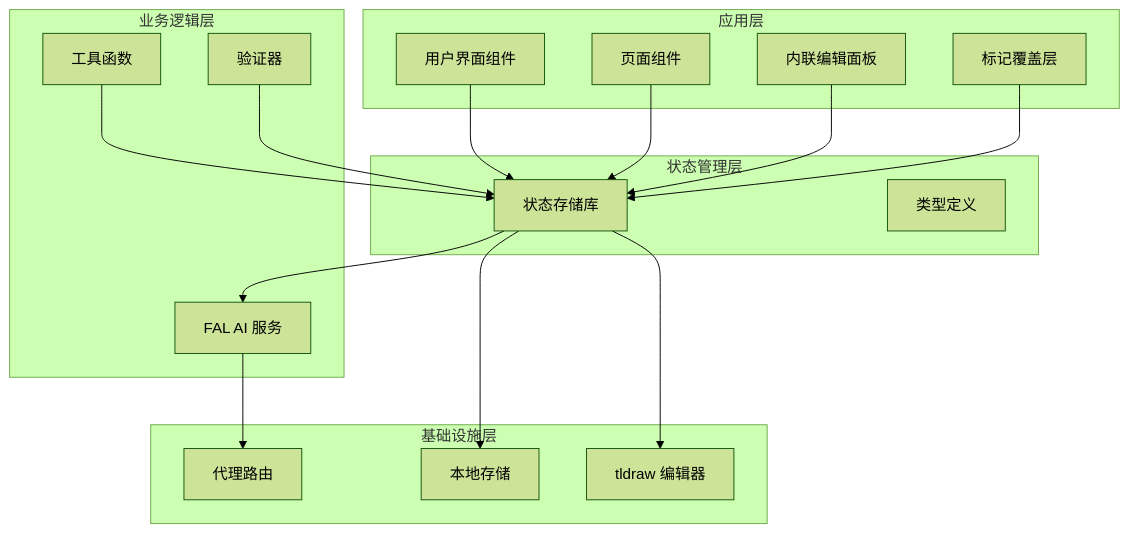
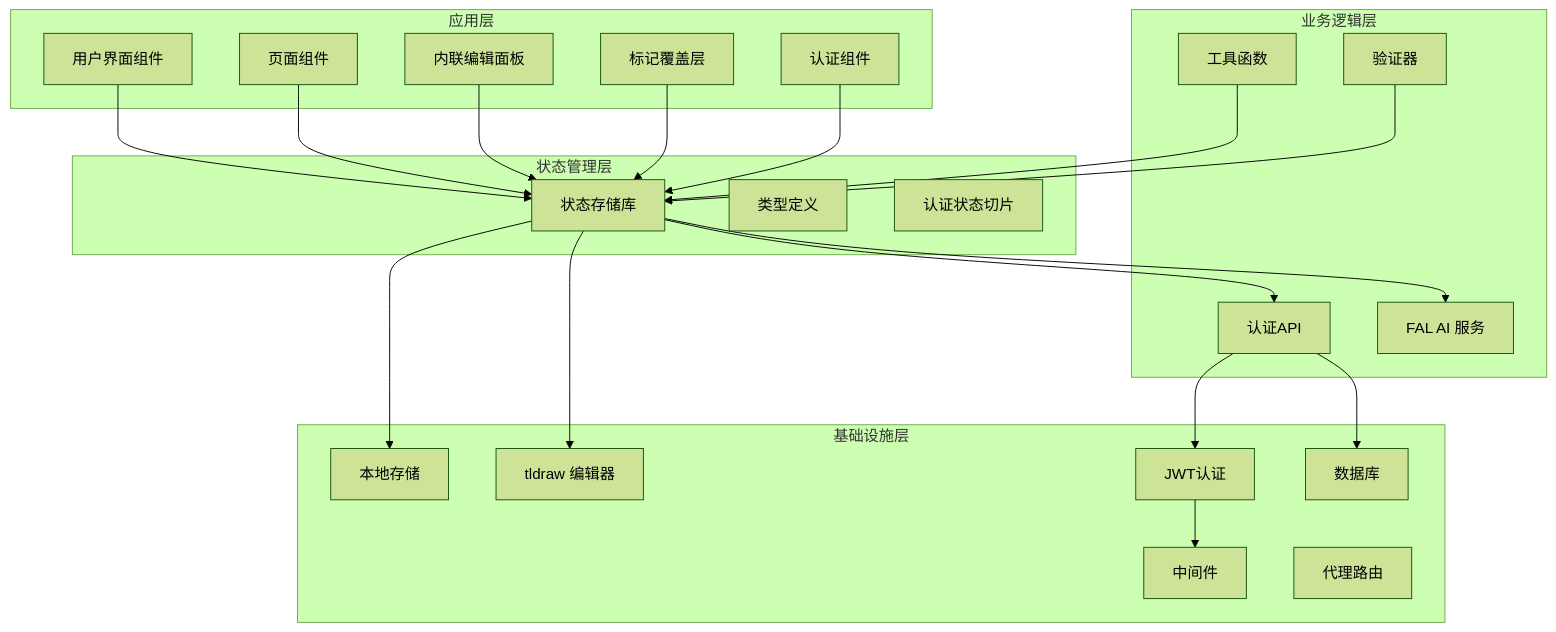
Before and after one commit to billye220670/BananaFlow2: the first of 21 diagrams in .qoder/repowiki/zh/content/状态管理系统.md, drawn with Mermaid (forest theme). The commit also changed other lines of this file and 6 other files, not shown here.

````diff
--- a/.qoder/repowiki/zh/content/状态管理系统.md
+++ b/.qoder/repowiki/zh/content/状态管理系统.md
@@ -51,33 +61,43 @@
 ```mermaid
 graph TB
 subgraph "应用层"
 UI[用户界面组件]
 Pages[页面组件]
 InlineEdit[内联编辑面板]
 MarkerOverlay[标记覆盖层]
+Auth[认证组件]
 end
 subgraph "状态管理层"
 Store[状态存储库]
 Types[类型定义]
+AuthStore[认证状态切片]
 end
 subgraph "业务逻辑层"
+AuthAPI[认证API]
 FAL[FAL AI 服务]
 Utils[工具函数]
 Validation[验证器]
 end
 subgraph "基础设施层"
+Middleware[中间件]
 Proxy[代理路由]
 Storage[本地存储]
 Tldraw[tldraw 编辑器]
+JWT[JWT认证]
+Supabase[数据库]
 end
 UI --> Store
 Pages --> Store
 InlineEdit --> Store
 MarkerOverlay --> Store
+Auth --> Store
+Store --> AuthAPI
 Store --> FAL
 Store --> Storage
 Store --> Tldraw
-FAL --> Proxy
+AuthAPI --> JWT
+AuthAPI --> Supabase
+JWT --> Middleware
 Utils --> Store
 Validation --> Store
 ```
````
